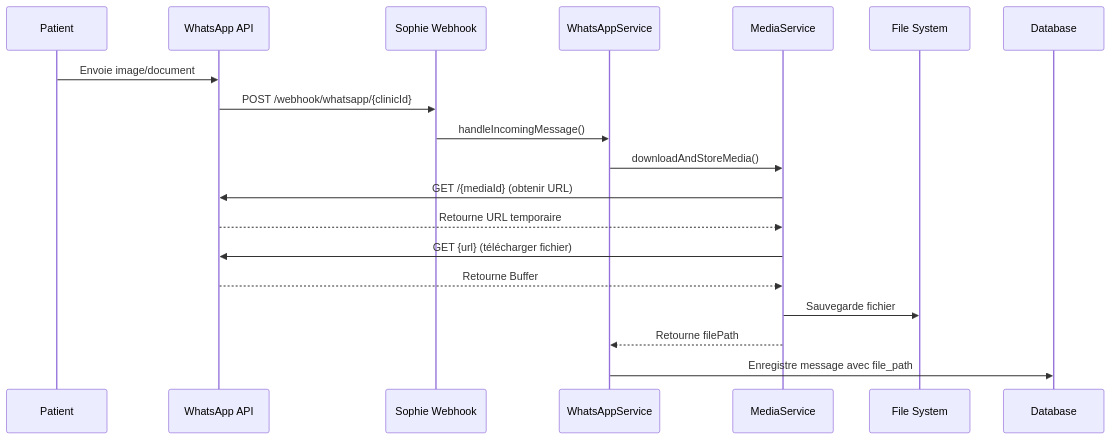
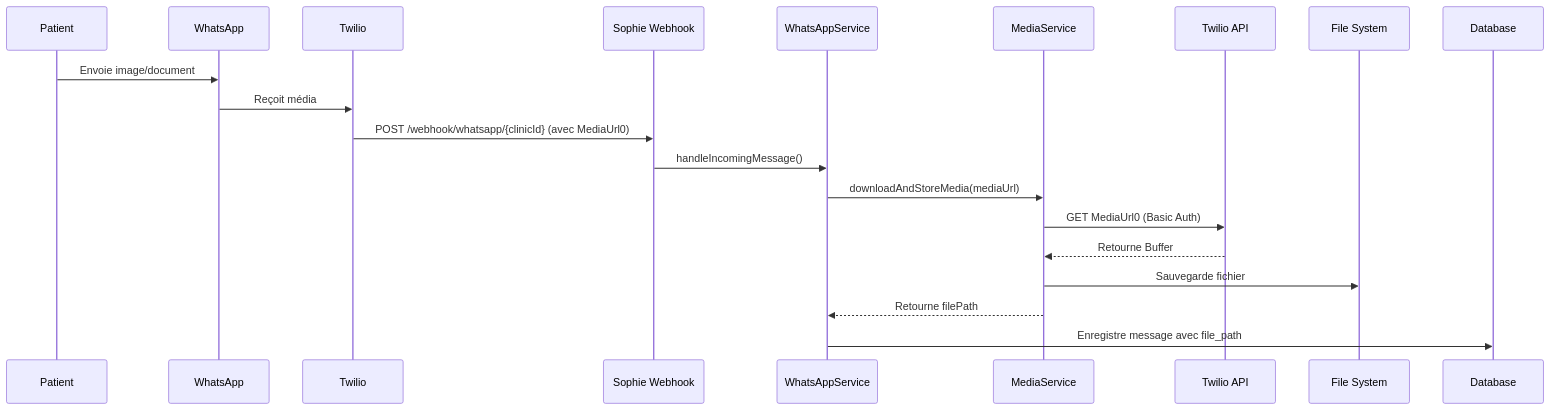
One commit to abdifrh/aida-assistant changed the first of 2 diagrams in docs/fr/guide-integration.md. Above: the diagram before and after it, drawn with Mermaid. The commit also changed other lines of this file and 11 other files, not shown here.

````diff
--- a/docs/fr/guide-integration.md
+++ b/docs/fr/guide-integration.md
@@ -852,14 +737,13 @@
 ```mermaid
 sequenceDiagram
-    Patient->>WhatsApp API: Envoie image/document
-    WhatsApp API->>Sophie Webhook: POST /webhook/whatsapp/{clinicId}
+    Patient->>WhatsApp: Envoie image/document
+    WhatsApp->>Twilio: Reçoit média
+    Twilio->>Sophie Webhook: POST /webhook/whatsapp/{clinicId} (avec MediaUrl0)
     Sophie Webhook->>WhatsAppService: handleIncomingMessage()
-    WhatsAppService->>MediaService: downloadAndStoreMedia()
-    MediaService->>WhatsApp API: GET /{mediaId} (obtenir URL)
-    WhatsApp API-->>MediaService: Retourne URL temporaire
-    MediaService->>WhatsApp API: GET {url} (télécharger fichier)
-    WhatsApp API-->>MediaService: Retourne Buffer
+    WhatsAppService->>MediaService: downloadAndStoreMedia(mediaUrl)
+    MediaService->>Twilio API: GET MediaUrl0 (Basic Auth)
+    Twilio API-->>MediaService: Retourne Buffer
     MediaService->>File System: Sauvegarde fichier
     MediaService-->>WhatsAppService: Retourne filePath
     WhatsAppService->>Database: Enregistre message avec file_path
 ```
````
